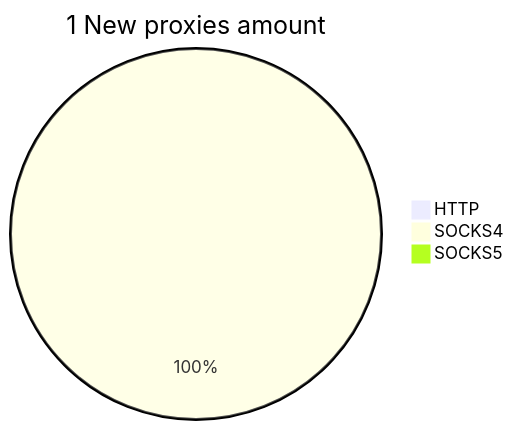
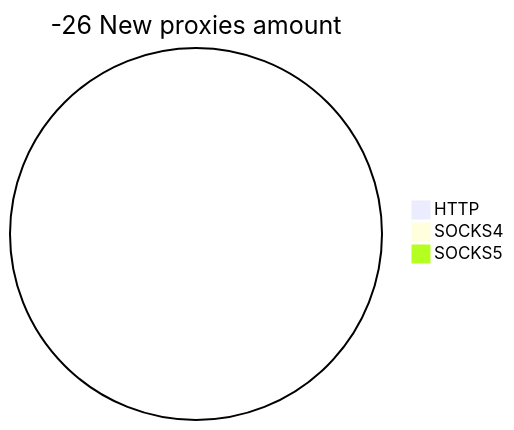
The second of 2 diagrams in README.md (cutipu/proxylist), drawn with Mermaid before and after one commit. The commit also changed other lines of this file, not shown here.

````diff
--- a/README.md
+++ b/README.md
@@ -10,6 +10,6 @@
 ```mermaid
-pie title 1 New proxies amount
+pie title -26 New proxies amount
     "HTTP" : 0
-    "SOCKS4" : 3
+    "SOCKS4" : 0
     "SOCKS5" : 0
 ```
````
